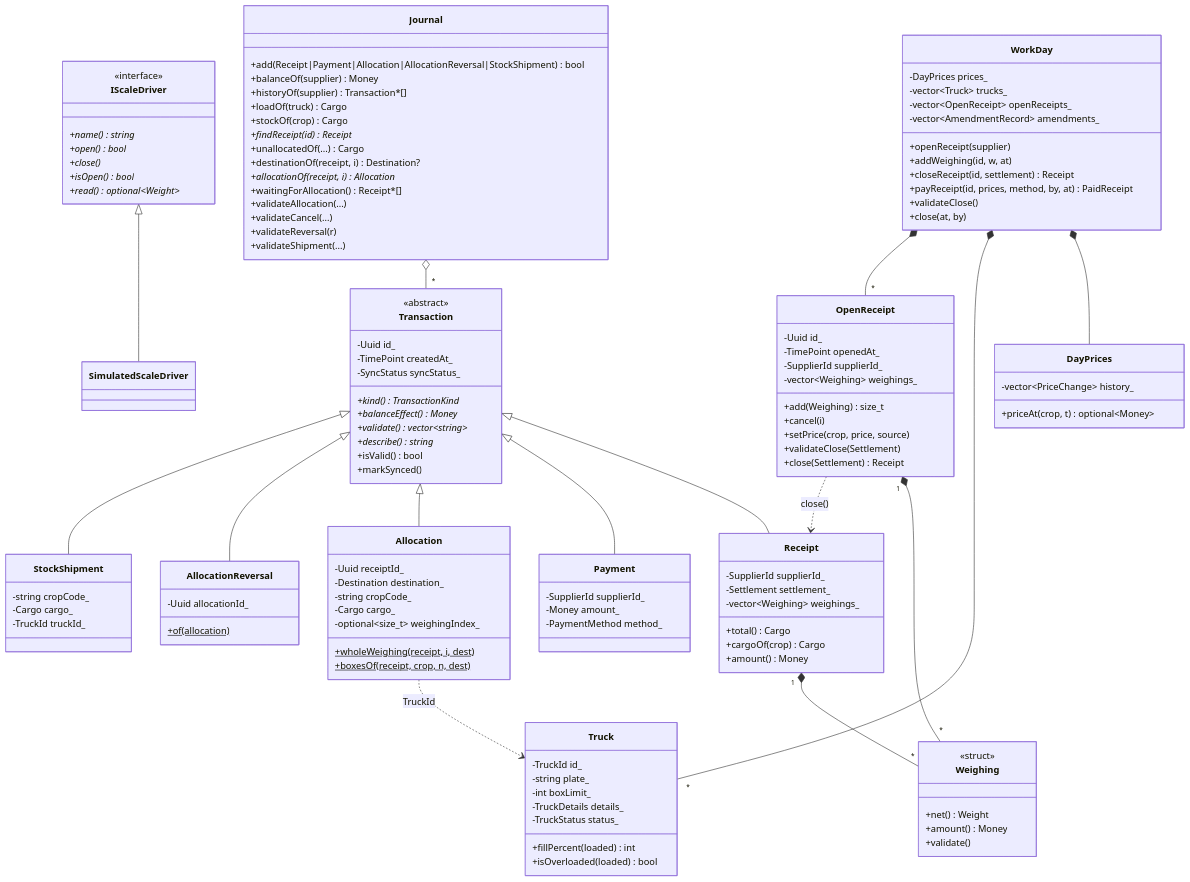
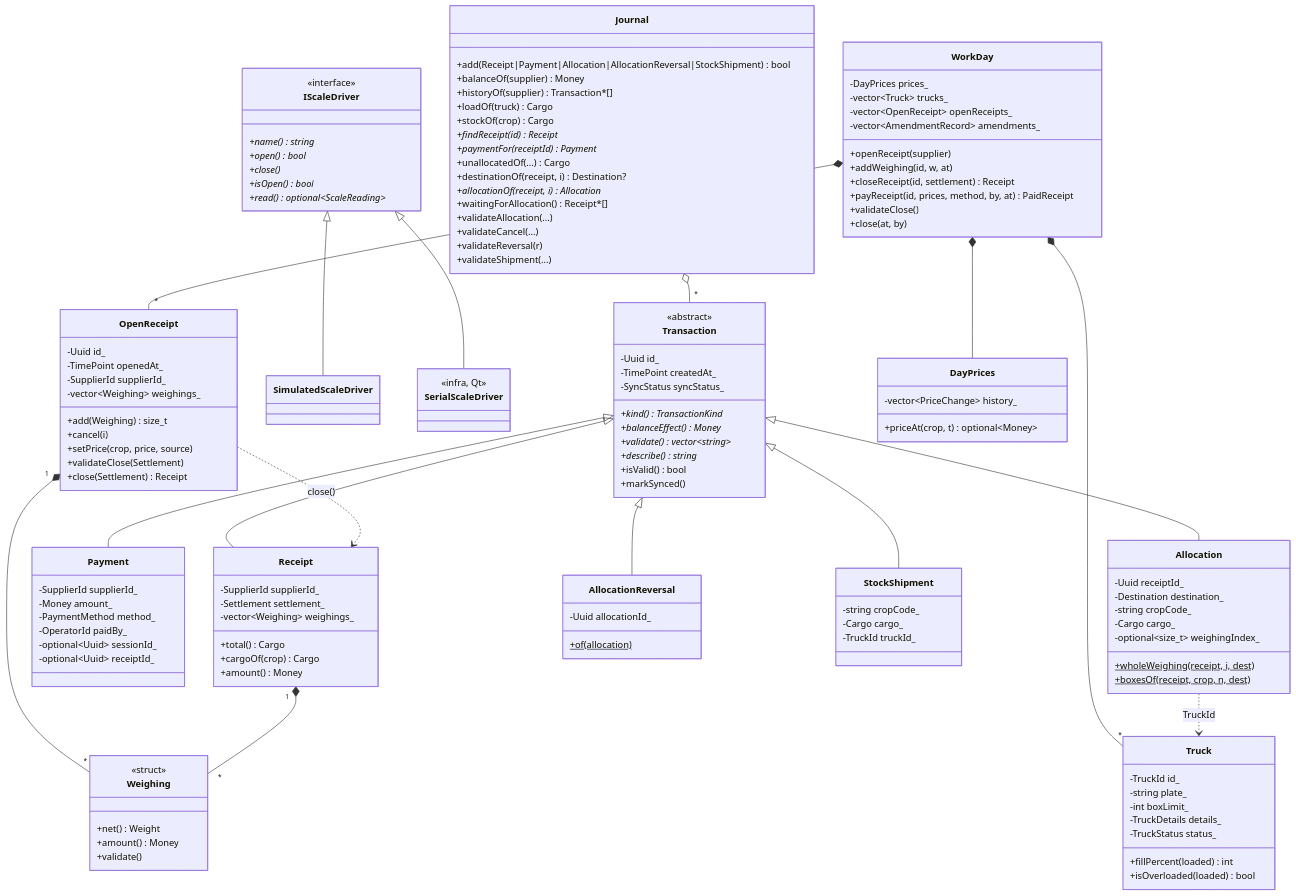
One commit to IsNazarii/Berry-WMS-Terminal changed the first of 3 diagrams in docs/domain.md. Above: the diagram before and after it, drawn with Mermaid. The commit also changed other lines of this file and 8 other files, not shown here.

```diff
--- a/docs/domain.md
+++ b/docs/domain.md
@@ -74,6 +74,9 @@
         -SupplierId supplierId_
         -Money amount_
         -PaymentMethod method_
+        -OperatorId paidBy_
+        -optional~Uuid~ sessionId_
+        -optional~Uuid~ receiptId_
     }
     class Allocation {
         -Uuid receiptId_
@@ -105,10 +108,14 @@
         +open()* bool
         +close()*
         +isOpen()* bool
-        +read()* optional~Weight~
+        +read()* optional~ScaleReading~
     }
     class SimulatedScaleDriver
+    class SerialScaleDriver {
+        <<infra, Qt>>
+    }
     IScaleDriver <|-- SimulatedScaleDriver
+    IScaleDriver <|-- SerialScaleDriver
 
     class OpenReceipt {
         -Uuid id_
@@ -134,6 +141,7 @@
         +loadOf(truck) Cargo
         +stockOf(crop) Cargo
         +findReceipt(id) Receipt*
+        +paymentFor(receiptId) Payment*
         +unallocatedOf(...) Cargo
         +destinationOf(receipt, i) Destination?
         +allocationOf(receipt, i) Allocation*
```
